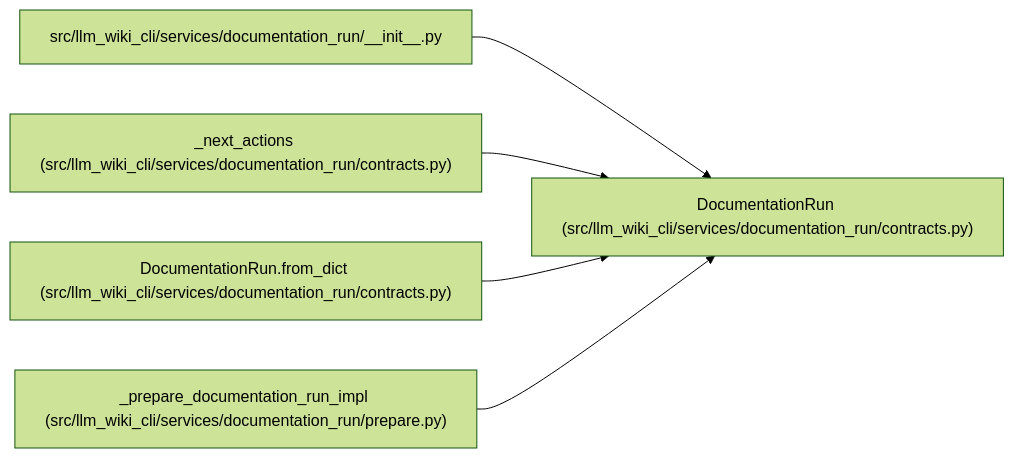
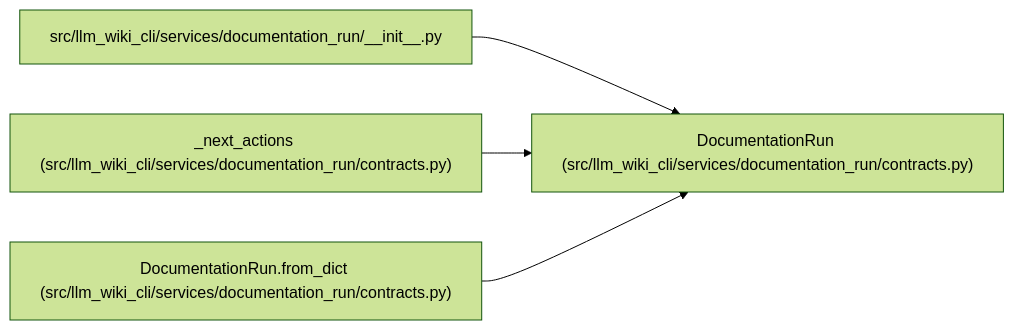
One commit to Denissvgn/python-wiki-llm changed the diagram in docs/llm_wiki/entities/DocumentationRun.md. Above: the diagram before and after it, drawn with Mermaid (forest theme). The commit also changed other lines of this file and 719 other files, not shown here.

````diff
--- a/docs/llm_wiki/entities/DocumentationRun.md
+++ b/docs/llm_wiki/entities/DocumentationRun.md
@@ -55,17 +55,14 @@
 ```mermaid
 flowchart LR
     n0["DocumentationRun (src/llm_wiki_cli/services/documentation_run/contracts.py)"]
     n1["src/llm_wiki_cli/services/documentation_run/__init__.py"]
     n2["_next_actions (src/llm_wiki_cli/services/documentation_run/contracts.py)"]
     n3["DocumentationRun.from_dict (src/llm_wiki_cli/services/documentation_run/contracts.py)"]
-    n4["_prepare_documentation_run_impl (src/llm_wiki_cli/services/documentation_run/prepare.py)"]
     n1 --> n0
     n2 --> n0
     n3 --> n0
-    n4 --> n0
     click n0 "../modules/documentation_run_contracts.md"
     click n1 "../modules/documentation_run___init__.md"
     click n2 "../modules/documentation_run_contracts.md"
     click n3 "../modules/documentation_run_contracts.md"
-    click n4 "../modules/prepare.md"
 ```
````
